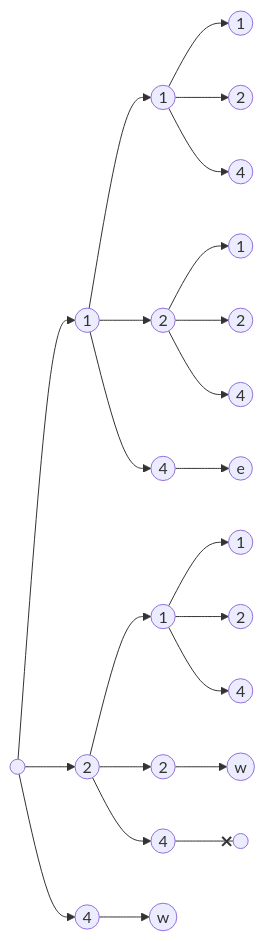
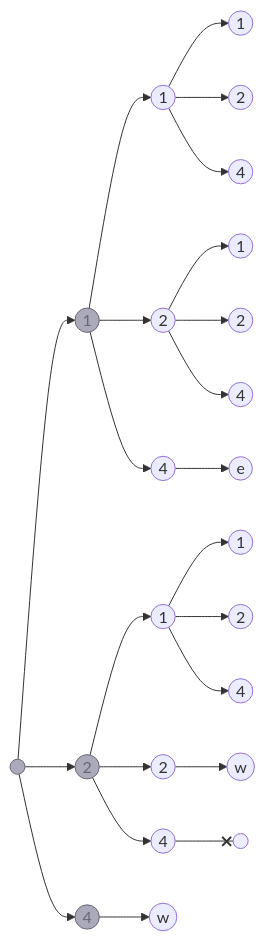
Before and after one commit to innin-jam/bwinf25: the third of 5 diagrams in README.md, drawn with Mermaid. The commit also changed other lines of this file, not shown here.

````diff
--- a/README.md
+++ b/README.md
@@ -112,13 +115,15 @@
 ```mermaid
 flowchart LR
     a(( )) --> 1((1)) & 2((2)) & 4((4))
     1 --> 1.1((1)) & 1.2((2)) & 1.4((4))
     2 --> 2.1((1)) & 2.2((2)) & 2.4((4))
     4 --> 4.exit((w))
     1.1 --> 1.1.1((1)) & 1.1.2((2)) & 1.1.4((4))
     1.2 --> 1.2.1((1)) & 1.2.2((2)) & 1.2.4((4))
     1.4 --> 1.4.exit((e))
     2.1 --> 2.1.1((1)) & 2.1.2((2)) & 2.1.4((4))
     2.2 --> 2.2.exit((w))
     2.4 --x 2.4.exit(( ))
+    classDef gray fill:#aab,stroke:#667,color:#667
+    class a,1,2,4 gray
 ```
````
